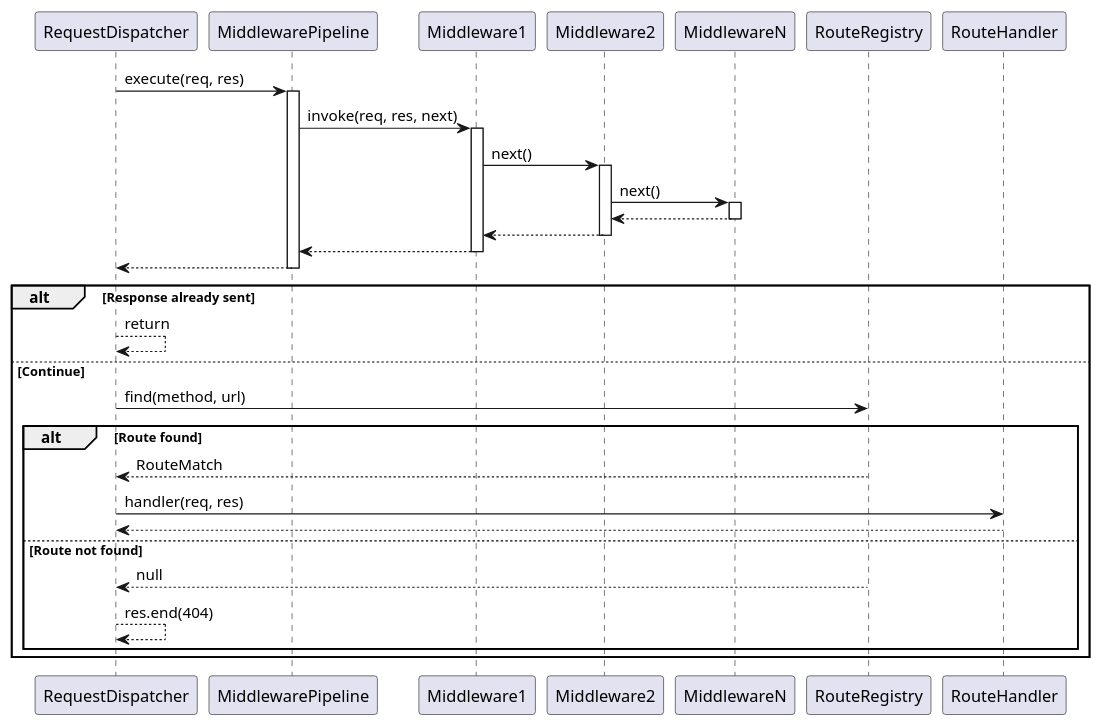
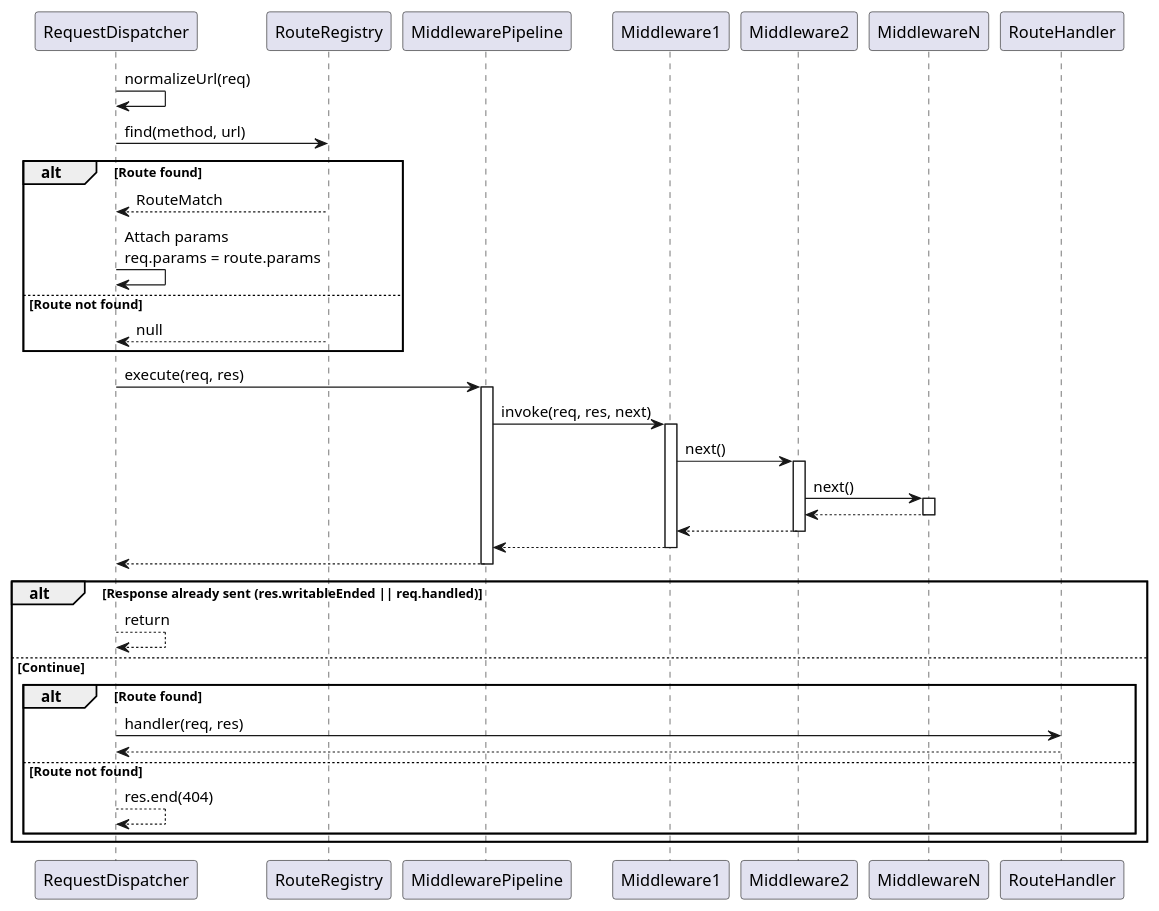
Before and after one commit to Ali-Wael-Hassan/duck-node-router: the diagram in docs/sequence diagrams/RequestDispatcher-Sequence.puml, drawn with PlantUML. The commit also changed 15 other files, not shown here.

Commit message:
Implemented: static file pipeline middleware (resolve, cache, stream, compress, send), StaticServer, req.handled dispatch support, req.path normalization. Updated: README, class diagram, and sequence diagrams. Fixed: MiddlewarePipeline error-middleware infinite recursion, src/server/inedx.js typo

```diff
--- a/docs/sequence diagrams/RequestDispatcher-Sequence.puml
+++ b/docs/sequence diagrams/RequestDispatcher-Sequence.puml
@@ -1,51 +1,58 @@
 @startuml Dispatch
 
 participant RequestDispatcher
+participant RouteRegistry
 participant MiddlewarePipeline
 participant Middleware1
 participant Middleware2
 participant MiddlewareN
-participant RouteRegistry
 participant RouteHandler
+
+RequestDispatcher -> RequestDispatcher : normalizeUrl(req)
+
+RequestDispatcher -> RouteRegistry : find(method, url)
+
+alt Route found
+    RouteRegistry --> RequestDispatcher : RouteMatch
+    RequestDispatcher -> RequestDispatcher : Attach params\nreq.params = route.params
+else Route not found
+    RouteRegistry --> RequestDispatcher : null
+end
 
 RequestDispatcher -> MiddlewarePipeline : execute(req, res)
 
 activate MiddlewarePipeline
 
 MiddlewarePipeline -> Middleware1 : invoke(req, res, next)
 activate Middleware1
 
 Middleware1 -> Middleware2 : next()
 activate Middleware2
 
 Middleware2 -> MiddlewareN : next()
 activate MiddlewareN
 
 MiddlewareN --> Middleware2
 deactivate MiddlewareN
 
 Middleware2 --> Middleware1
 deactivate Middleware2
 
 Middleware1 --> MiddlewarePipeline
 deactivate Middleware1
 
 MiddlewarePipeline --> RequestDispatcher
 deactivate MiddlewarePipeline
 
-alt Response already sent
+alt Response already sent (res.writableEnded || req.handled)
     RequestDispatcher --> RequestDispatcher : return
 else Continue
-    RequestDispatcher -> RouteRegistry : find(method, url)
-
     alt Route found
-        RouteRegistry --> RequestDispatcher : RouteMatch
         RequestDispatcher -> RouteHandler : handler(req, res)
         RouteHandler --> RequestDispatcher
     else Route not found
-        RouteRegistry --> RequestDispatcher : null
         RequestDispatcher --> RequestDispatcher : res.end(404)
     end
 end
 
 @enduml
```
